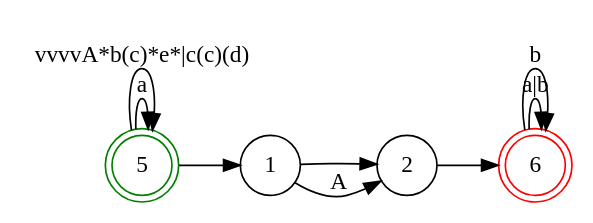
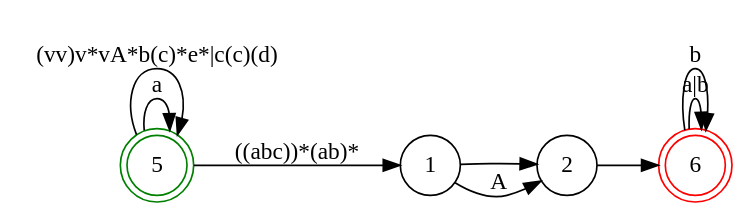
The diagram in scripts/lua/dot/NDF.dot (v012345/lua5.4.4), drawn with Graphviz before and after one commit. The commit also changed 1 other file, not shown here.

```diff
--- a/scripts/lua/dot/NDF.dot
+++ b/scripts/lua/dot/NDF.dot
@@ -1,16 +1,16 @@
 digraph NDF {
     rankdir = LR;
     size = "8,5";
     node [shape = doublecircle;];
     5 [color = green;];
     6 [color = red;];
     node [shape = circle;];
     5 -> 5 [label = "a";];
-    5 -> 5 [label = "vvvvA*b(c)*e*|c(c)(d)";];
-    5 -> 1 [label = "";];
+    5 -> 5 [label = "(vv)v*vA*b(c)*e*|c(c)(d)";];
+    5 -> 1 [label = "((abc))*(ab)*";];
     1 -> 2 [label = "";];
     1 -> 2 [label = "A";];
     2 -> 6 [label = "";];
     6 -> 6 [label = "a|b";];
     6 -> 6 [label = "b";];
 }
```
